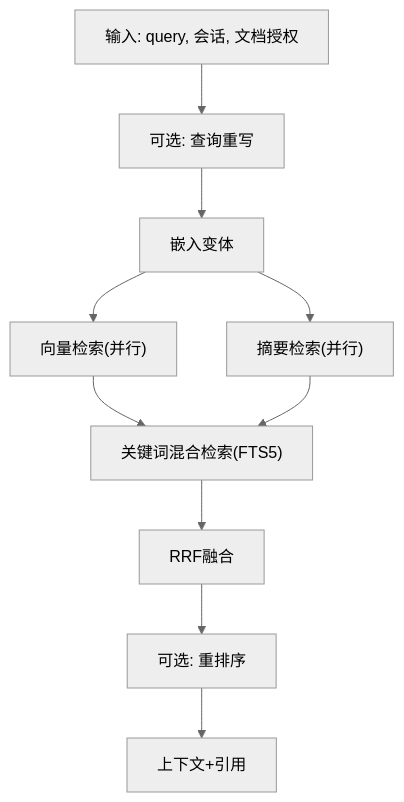
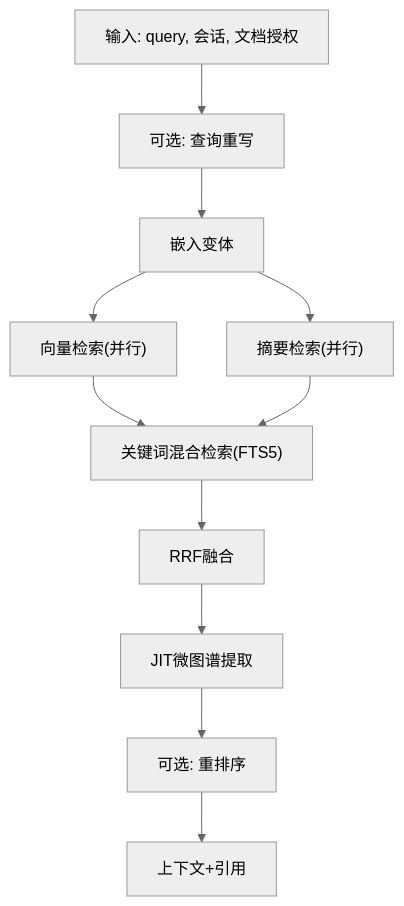
Before and after one commit to NarcisWL/Nexara: the ninth of 10 diagrams in .qoder/repowiki/zh/content/项目概述/核心功能特性/RAG知识引擎.md, drawn with Mermaid (neutral theme). The commit also changed other lines of this file and 6 other files, not shown here.

````diff
--- a/.qoder/repowiki/zh/content/项目概述/核心功能特性/RAG知识引擎.md
+++ b/.qoder/repowiki/zh/content/项目概述/核心功能特性/RAG知识引擎.md
@@ -345,12 +420,13 @@
 ```mermaid
 flowchart TD
 A["输入: query, 会话, 文档授权"] --> RW["可选: 查询重写"]
 RW --> EMB["嵌入变体"]
 EMB --> VEC["向量检索(并行)"]
 EMB --> SUM["摘要检索(并行)"]
 VEC --> HYB["关键词混合检索(FTS5)"]
 SUM --> HYB
 HYB --> RRF["RRF融合"]
-RRF --> RER["可选: 重排序"]
+RRF --> JIT["JIT微图谱提取"]
+JIT --> RER["可选: 重排序"]
 RER --> OUT["上下文+引用"]
 ```
````
